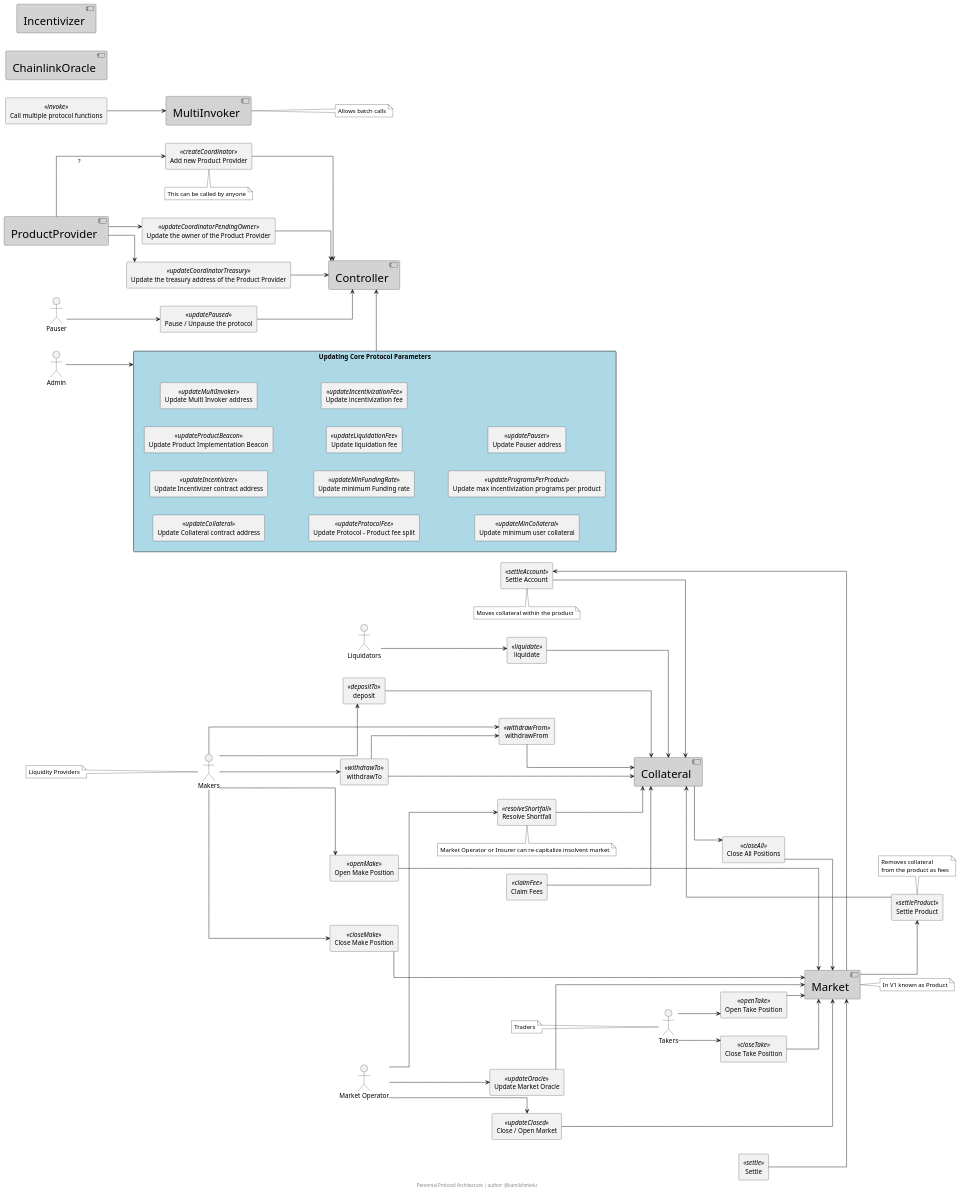
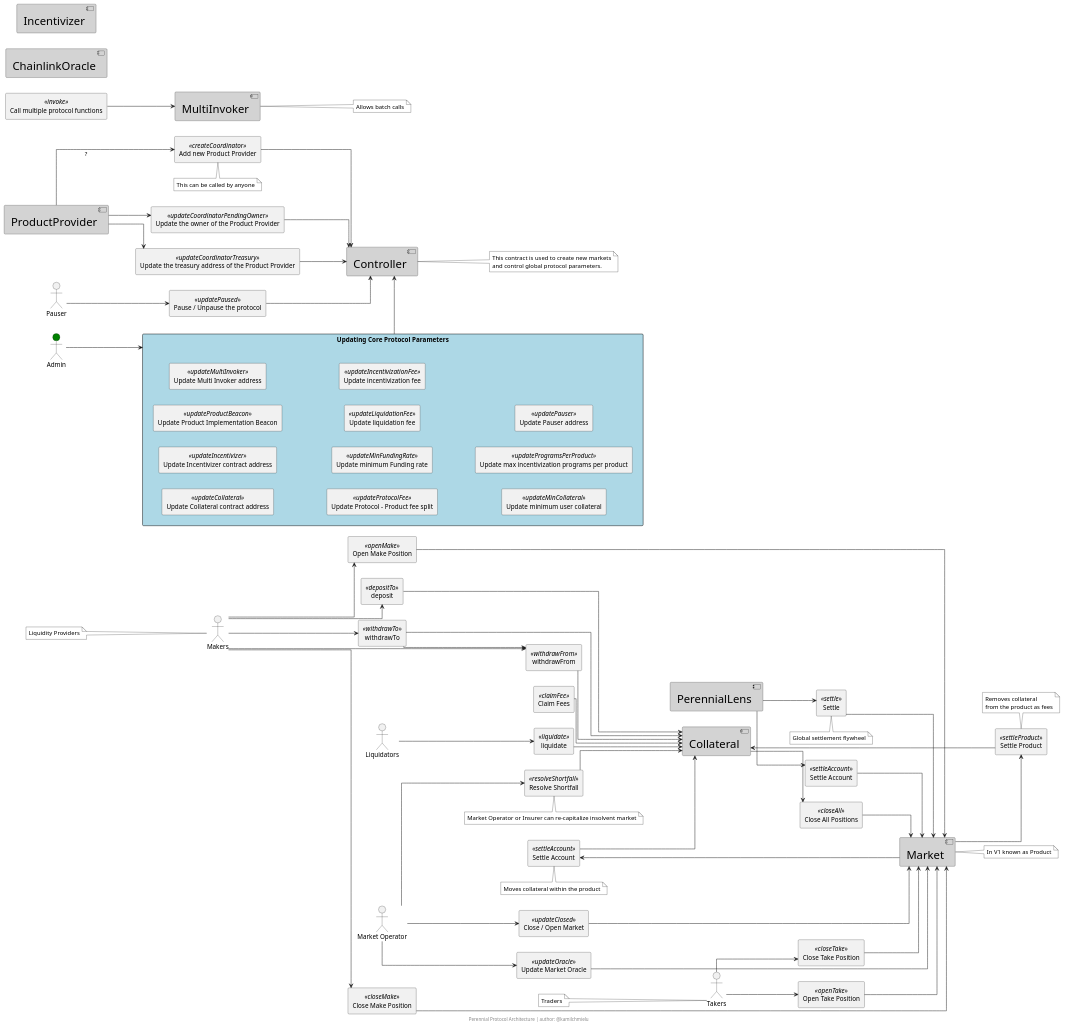
The diagram in diagrams/PerennialArchitecture.puml (ChmielewskiKamil/perennial-notes), drawn with PlantUML before and after one commit.

Commit message:
🖼️ Add perenial lens contract

```diff
--- a/diagrams/PerennialArchitecture.puml
+++ b/diagrams/PerennialArchitecture.puml
@@ -1,175 +1,188 @@
 @startuml PerennialArchitecture
 
 left to right direction
 
-skinparam linetype ortho
-skinparam nodesep 40
-skinparam ranksep 40
+skinparam linetype ortho 
+' skinparam nodesep 60
+' skinparam ranksep 30
 
 skinparam note {
     BorderColor black
     BackgroundColor white
     FontColor black
 }
 skinparam component {
     FontSize 25
     BackgroundColor lightgray
 }
 
 skinparam collections {
     FontSize 20
 }
 
 skinparam package {
     BorderColor black
     BackgroundColor lightblue
 }
 
 /' Actors '/
 actor Liquidators
 actor Makers
 actor Takers
 actor "Market Operator" as MarketOperator
-actor Admin
+actor Admin #green
 actor Pauser
 
 /' //////////////////////////////////////////////////////////////////
 //                           Core Contracts                        //
 ////////////////////////////////////////////////////////////////// '/
 
 component Market
 
 component Collateral
 
 component MultiInvoker 
 
 component ChainlinkOracle 
 
 component Incentivizer 
 
-component Controller 
+component Controller
 
 component ProductProvider 
+
+component PerennialLens
 
 /' //////////////////////////////////////////////////////////////////
 //                       Contract Functions                        //
 ////////////////////////////////////////////////////////////////// '/
 
 /'Collateral'/
 rectangle deposit <<depositTo>>
 rectangle withdrawFrom <<withdrawFrom>>
 rectangle withdrawTo <<withdrawTo>>
 rectangle liquidate <<liquidate>>
-rectangle "Settle Account" as settleAccount <<settleAccount>>
-rectangle "Settle Product" as settleProduct <<settleProduct>>
+rectangle "Settle Account" as collateral_settleAccount <<settleAccount>>
+rectangle "Settle Product" as collateral_settleProduct <<settleProduct>>
 rectangle "Resolve Shortfall" as resolveShortfall <<resolveShortfall>>
 rectangle "Claim Fees" as claimFee <<claimFee>>
 
 /'Market'/
 rectangle "Open Take Position" as openTake <<openTake>>
 rectangle "Close Take Position" as closeTake <<closeTake>>
 rectangle "Open Make Position" as openMake <<openMake>>
 rectangle "Close Make Position" as closeMake <<closeMake>>
-rectangle "Settle" as settle <<settle>>
+rectangle "Settle" as market_settle <<settle>>
+rectangle "Settle Account" as market_settleAccount <<settleAccount>>
 rectangle "Close All Positions" as closeAll <<closeAll>>
 rectangle "Close / Open Market" as updateClosed <<updateClosed>>
 rectangle "Update Market Oracle" as updateOracle <<updateOracle>>
 
 /'Controller'/
 rectangle "Add new Product Provider" as createCoordinator <<createCoordinator>>
 rectangle "Update the owner of the Product Provider" as updateCoordinator <<updateCoordinatorPendingOwner>>
 rectangle "Update the treasury address of the Product Provider" as updateTreasury <<updateCoordinatorTreasury>>
 rectangle "Updating Core Protocol Parameters" as UPDATE_PROTOCOL_PARAMS {
     rectangle "Update Collateral contract address" as updateCollateral <<updateCollateral>>
     rectangle "Update Incentivizer contract address" as updateIncentivizer <<updateIncentivizer>>
     rectangle "Update Product Implementation Beacon" as updateProductBeacon <<updateProductBeacon>>
     rectangle "Update Multi Invoker address" as updateMultiInvoker <<updateMultiInvoker>>
     rectangle "Update Protocol - Product fee split" as updateProtocolFee <<updateProtocolFee>>
     rectangle "Update minimum Funding rate" as updateMinFundingRate <<updateMinFundingRate>>
     rectangle "Update liquidation fee" as updateLiquidationFee <<updateLiquidationFee>>
     rectangle "Update incentivization fee" as updateIncentivizationFee <<updateIncentivizationFee>>
     rectangle "Update minimum user collateral" as updateMinCollateral <<updateMinCollateral>>
     rectangle "Update max incentivization programs per product" as updateProgramsPerProduct <<updateProgramsPerProduct>>
     rectangle "Update Pauser address" as updatePauser <<updatePauser>>
 }
 rectangle "Pause / Unpause the protocol" as pause <<updatePaused>>
 
 /'MultiInvoker'/
 rectangle "Call multiple protocol functions" as invoke <<invoke>>
 
+/'PerennialLens'/
+
 /' //////////////////////////////////////////////////////////////////
 //                           Connections                           //
 ////////////////////////////////////////////////////////////////// '/
 
 'Collateral contract functions'
 deposit --> Collateral
 withdrawTo --> Collateral
 withdrawFrom --> Collateral
 withdrawTo --> withdrawFrom
 liquidate --> Collateral
-settleAccount --> Collateral
-settleProduct --> Collateral
+collateral_settleAccount --> Collateral
+collateral_settleProduct --> Collateral
 claimFee --> Collateral
 resolveShortfall --> Collateral
 'Calls to Collateral contract functions'
 Makers --> deposit
 Makers --> withdrawTo
 Makers --> withdrawFrom
 Liquidators --> liquidate
-Market --> settleAccount 
-Market --> settleProduct 
+Market --> collateral_settleAccount 
+Market --> collateral_settleProduct 
 MarketOperator --> resolveShortfall
 
 'Market functions'
 openMake --> Market
 closeMake --> Market
 openTake --> Market
 closeTake --> Market
-settle --> Market
+market_settle --> Market
+market_settleAccount --> Market
 closeAll --> Market
 updateClosed --> Market
 updateOracle --> Market
 'Calls to Market contract functions'
 Makers --> openMake 
 Makers --> closeMake 
 Takers --> openTake
 Takers --> closeTake
 Collateral --> closeAll
 MarketOperator --> updateClosed
 MarketOperator --> updateOracle
+PerennialLens --> market_settle
+PerennialLens --> market_settleAccount
 
 'Controller functions'
 createCoordinator --> Controller
 updateCoordinator --> Controller
 updateTreasury --> Controller
 UPDATE_PROTOCOL_PARAMS --> Controller
 pause --> Controller
 
 'Calls to Controller functions'
 ProductProvider --> createCoordinator: ?
 ProductProvider --> updateCoordinator
 ProductProvider --> updateTreasury
 Admin --> UPDATE_PROTOCOL_PARAMS
 Pauser --> pause
 
 'MultiInvoker functions'
 invoke --> MultiInvoker
 
 /' //////////////////////////////////////////////////////////////////
 //                             Notes                               //
 ////////////////////////////////////////////////////////////////// '/
 
-note bottom of settleAccount: Moves collateral within the product 
-note top of settleProduct 
+note bottom of collateral_settleAccount: Moves collateral within the product 
+note top of collateral_settleProduct 
     Removes collateral
     from the product as fees
 end note
 note right of MultiInvoker: Allows batch calls
 note right of Market: In V1 known as Product
 note left of Makers: Liquidity Providers
 note left of Takers: Traders
 note bottom of resolveShortfall: Market Operator or Insurer can re-capitalize insolvent market
 note bottom of createCoordinator: This can be called by anyone
+note bottom of market_settle: Global settlement flywheel
+note right of Controller
+    This contract is used to create new markets
+    and control global protocol parameters.
+end note
 
 footer Perennial Protocol Architecture | author: @kamilchmielu
 @enduml
```
